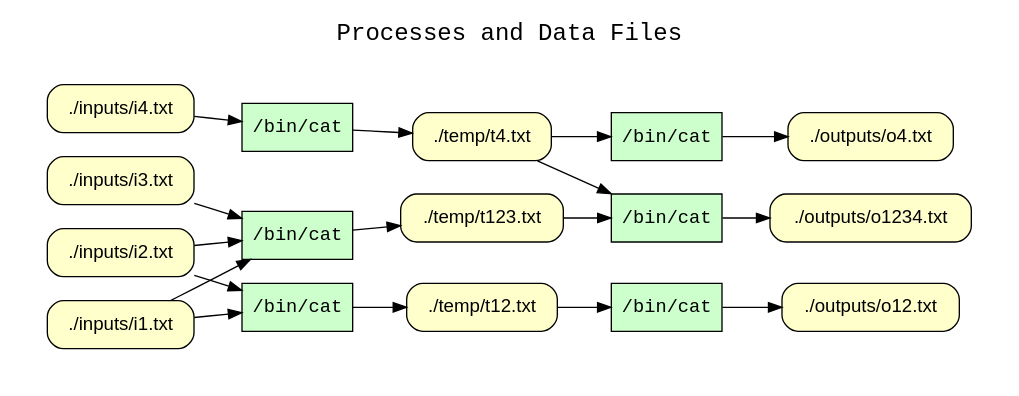
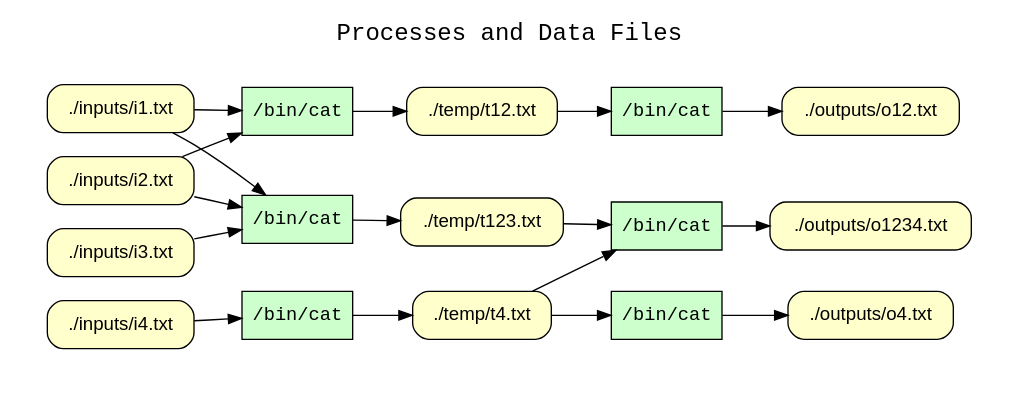
One commit to CIRSS/cpr-demo-2021 changed the diagram in examples/01-xsb-examples/08-branched-pipeline/graphs.d/cpr_processes_and_data_files.dot. Above: the diagram before and after it, drawn with Graphviz. The commit also changed other lines of this file and 7 other files, not shown here.

```diff
--- a/examples/01-xsb-examples/08-branched-pipeline/graphs.d/cpr_processes_and_data_files.dot
+++ b/examples/01-xsb-examples/08-branched-pipeline/graphs.d/cpr_processes_and_data_files.dot
@@ -1,43 +1,43 @@
 
 digraph cpr_run {
 rankdir=LR
 fontname=Courier; fontsize=18; labelloc=t
 label="Processes and Data Files"
 subgraph cluster_inputs { label=""; color=white; penwidth=0
 subgraph cluster_inputs_inner { label=""; color=white
 node[shape=box style="filled" fillcolor="#CCFFCC" peripheries=1 fontname=Courier]
 "exe:e7" [label="/bin/cat"]
 "exe:e6" [label="/bin/cat"]
 "exe:e5" [label="/bin/cat"]
 "exe:e4" [label="/bin/cat"]
 "exe:e3" [label="/bin/cat"]
 "exe:e2" [label="/bin/cat"]
 node[shape=box style="rounded,filled" fillcolor="#FFFFCC" peripheries=1 fontname=Helvetica]
+"access:i9" [label="./temp/t12.txt"]
+"access:i22" [label="./outputs/o12.txt"]
+"access:i23" [label="./outputs/o1234.txt"]
+"access:i16" [label="./inputs/i1.txt"]
 "access:i24" [label="./outputs/o4.txt"]
 "access:i17" [label="./inputs/i2.txt"]
 "access:i18" [label="./temp/t123.txt"]
 "access:i19" [label="./inputs/i3.txt"]
 "access:i20" [label="./temp/t4.txt"]
 "access:i21" [label="./inputs/i4.txt"]
-"access:i9" [label="./temp/t12.txt"]
-"access:i22" [label="./outputs/o12.txt"]
-"access:i23" [label="./outputs/o1234.txt"]
-"access:i16" [label="./inputs/i1.txt"]
 "exe:e7" -> "access:i24"
 "exe:e6" -> "access:i23"
 "exe:e5" -> "access:i22"
 "exe:e4" -> "access:i20"
 "exe:e3" -> "access:i18"
 "exe:e2" -> "access:i9"
 "access:i20" -> "exe:e7"
 "access:i18" -> "exe:e6"
 "access:i20" -> "exe:e6"
 "access:i9" -> "exe:e5"
 "access:i21" -> "exe:e4"
 "access:i16" -> "exe:e3"
 "access:i17" -> "exe:e3"
 "access:i19" -> "exe:e3"
 "access:i16" -> "exe:e2"
 "access:i17" -> "exe:e2"
 }}
 }
```
